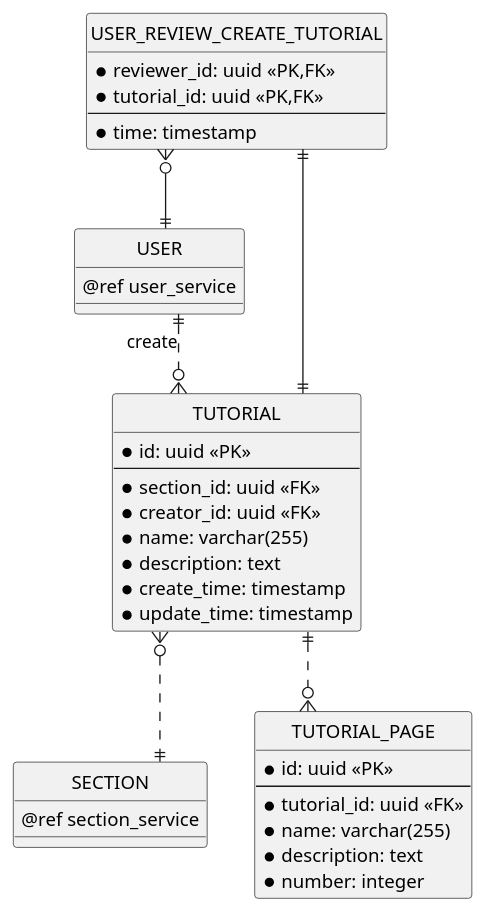
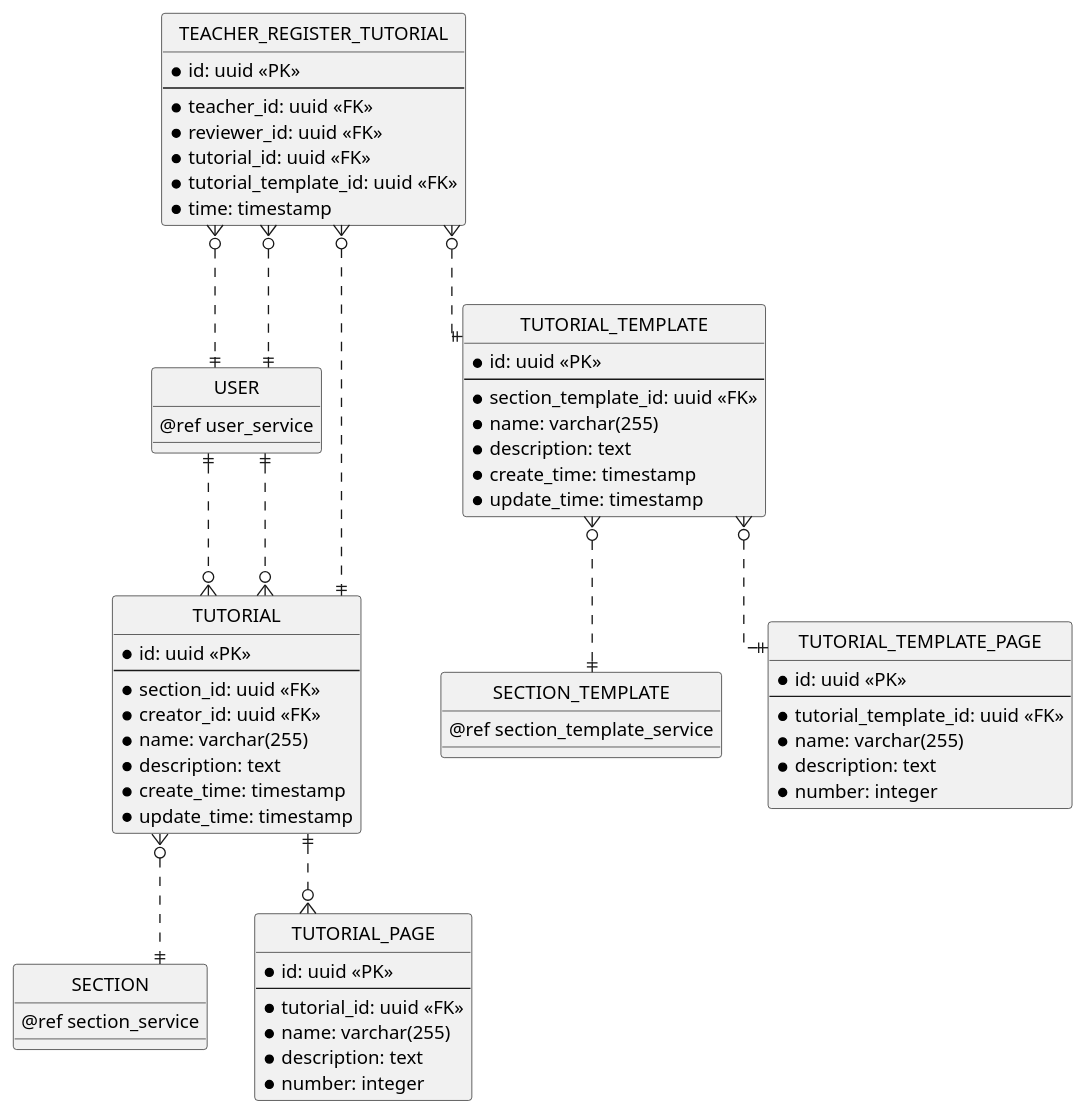
Before and after one commit to chungnguyenbkcse/ERD-USECASE-KIDSDRAWING: diagram 11 of 13 in erd.md, drawn with PlantUML. The commit also changed other lines of this file and 2 other files, not shown here.

Commit message:
custom entiry tutorial, section

````diff
--- a/erd.md
+++ b/erd.md
@@ -575,11 +604,25 @@
     @ref section_service
 }
 
+entity "SECTION_TEMPLATE" as section_template {
+    @ref section_template_service
+}
+
 entity "TUTORIAL" as tutorial {
     * id: uuid <<PK>>
     --
     * section_id: uuid <<FK>>
     * creator_id: uuid <<FK>>
+    * name: varchar(255)
+    * description: text
+    * create_time: timestamp
+    * update_time: timestamp
+}
+
+entity "TUTORIAL_TEMPLATE" as tutorial_template {
+     * id: uuid <<PK>>
+    --
+    * section_template_id: uuid <<FK>>
     * name: varchar(255)
     * description: text
     * create_time: timestamp
@@ -596,18 +639,36 @@
     * number: integer
 }
 
-entity "USER_REVIEW_CREATE_TUTORIAL" as user_review_create_tutorial {
-    * reviewer_id: uuid <<PK,FK>>
-    * tutorial_id: uuid <<PK,FK>>
+entity "TUTORIAL_TEMPLATE_PAGE" as tutorial_template_page {
+    * id: uuid <<PK>>
     --
+    * tutorial_template_id: uuid <<FK>>
+    * name: varchar(255)
+    * description: text
+    * number: integer
+}
+
+
+entity "TEACHER_REGISTER_TUTORIAL" as user_register_tutorial {
+    * id: uuid <<PK>>
+    --
+    * teacher_id: uuid <<FK>>
+    * reviewer_id: uuid <<FK>>
+    * tutorial_id: uuid <<FK>>
+    * tutorial_template_id: uuid <<FK>>
     * time: timestamp
 }
 
 ' Tutorial Relationship
-user_review_create_tutorial }o--|| user
-user_review_create_tutorial ||--|| tutorial
-user ||..o{ tutorial: create
+user_register_tutorial }o..|| user 
+user_register_tutorial }o..|| user 
+user_register_tutorial }o..|| tutorial
+user_register_tutorial }o..|| tutorial_template
+user ||..o{ tutorial
+user ||..o{ tutorial
 tutorial ||..o{ tutorial_page
 tutorial }o..|| section
+tutorial_template }o..|| section_template
+tutorial_template }o..|| tutorial_template_page
 @enduml
 ```
````
